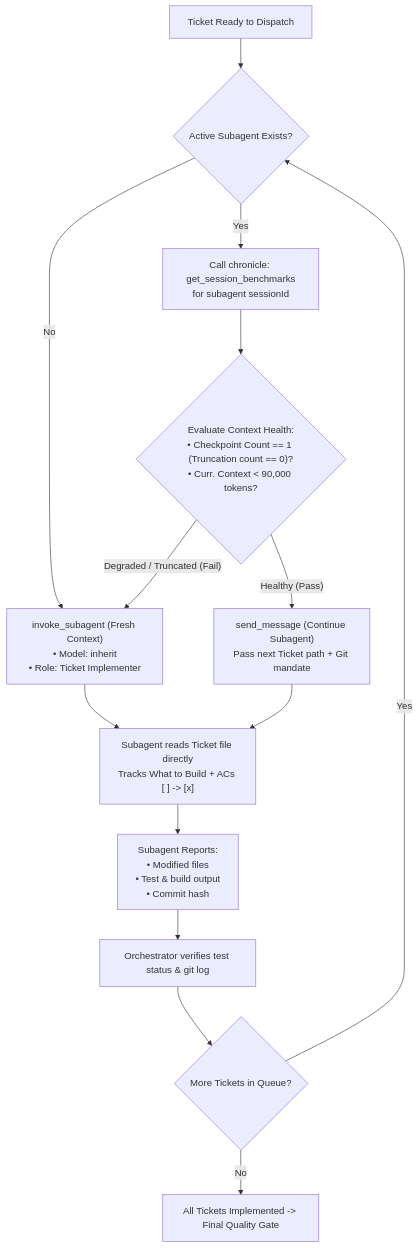
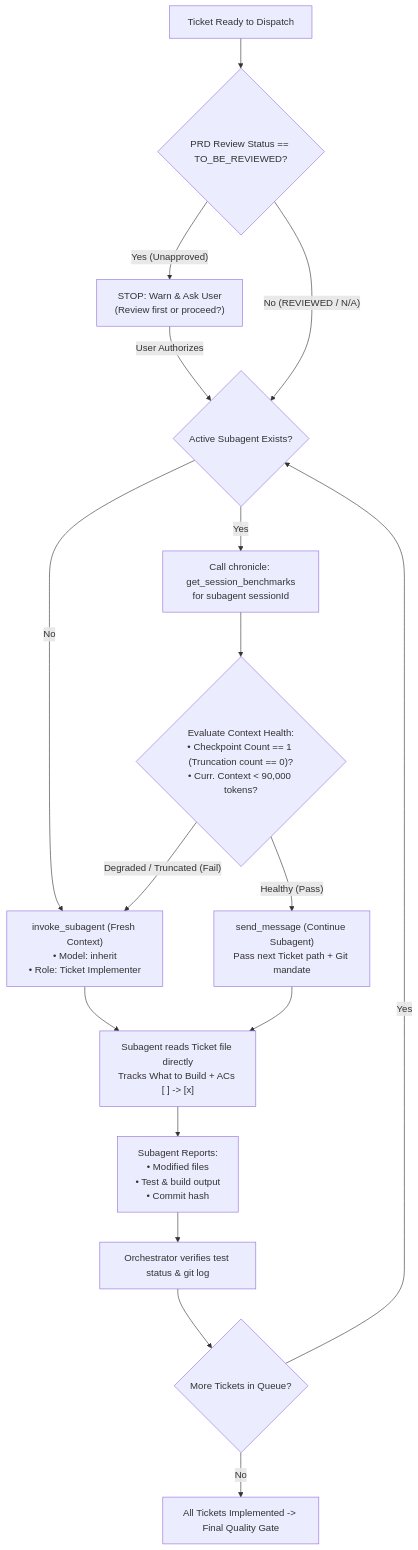
Before and after one commit to loerei/myskills: the diagram in productivity/implement-with-subagents/SKILL.md, drawn with Mermaid. The commit also changed other lines of this file and 3 other files, not shown here.

Commit message:
feat(implement,review-loop,prd): enforce PRD-level Review Status gate and Mode A REVIEWED stamping

````diff
--- a/productivity/implement-with-subagents/SKILL.md
+++ b/productivity/implement-with-subagents/SKILL.md
@@ -18,23 +19,26 @@
 ```mermaid
 flowchart TD
-    Start["Ticket Ready to Dispatch"] --> HasSubagent{"Active Subagent Exists?"}
+    Start["Ticket Ready to Dispatch"] --> RevGate{"PRD Review Status == TO_BE_REVIEWED?"}
+    RevGate -->|"Yes (Unapproved)"| AskRev["STOP: Warn & Ask User<br/>(Review first or proceed?)"]
+    AskRev -->|"User Authorizes"| HasSubagent{"Active Subagent Exists?"}
+    RevGate -->|"No (REVIEWED / N/A)"| HasSubagent
     
     HasSubagent -->|"No"| SpawnNew["invoke_subagent (Fresh Context)<br/>• Model: inherit<br/>• Role: Ticket Implementer"]
     
     HasSubagent -->|"Yes"| QueryBench["Call chronicle: get_session_benchmarks<br/>for subagent sessionId"]
     
     QueryBench --> EvaluateHealth{"Evaluate Context Health:<br/>• Checkpoint Count == 1 (Truncation count == 0)?<br/>• Curr. Context < 90,000 tokens?"}
     
     EvaluateHealth -->|"Healthy (Pass)"| ReuseSubagent["send_message (Continue Subagent)<br/>Pass next Ticket path + Git mandate"]
     EvaluateHealth -->|"Degraded / Truncated (Fail)"| SpawnNew
     
     SpawnNew --> WaitSubagent["Subagent reads Ticket file directly<br/>Tracks What to Build + ACs [ ] -> [x]"]
     ReuseSubagent --> WaitSubagent
     
     WaitSubagent --> SubagentDone["Subagent Reports:<br/>• Modified files<br/>• Test & build output<br/>• Commit hash"]
     
     SubagentDone --> VerifyCommit["Orchestrator verifies test status & git log"]
     VerifyCommit --> MoreTickets{"More Tickets in Queue?"}
     MoreTickets -->|"Yes"| HasSubagent
     MoreTickets -->|"No"| Finalize["All Tickets Implemented -> Final Quality Gate"]
 ```
````
